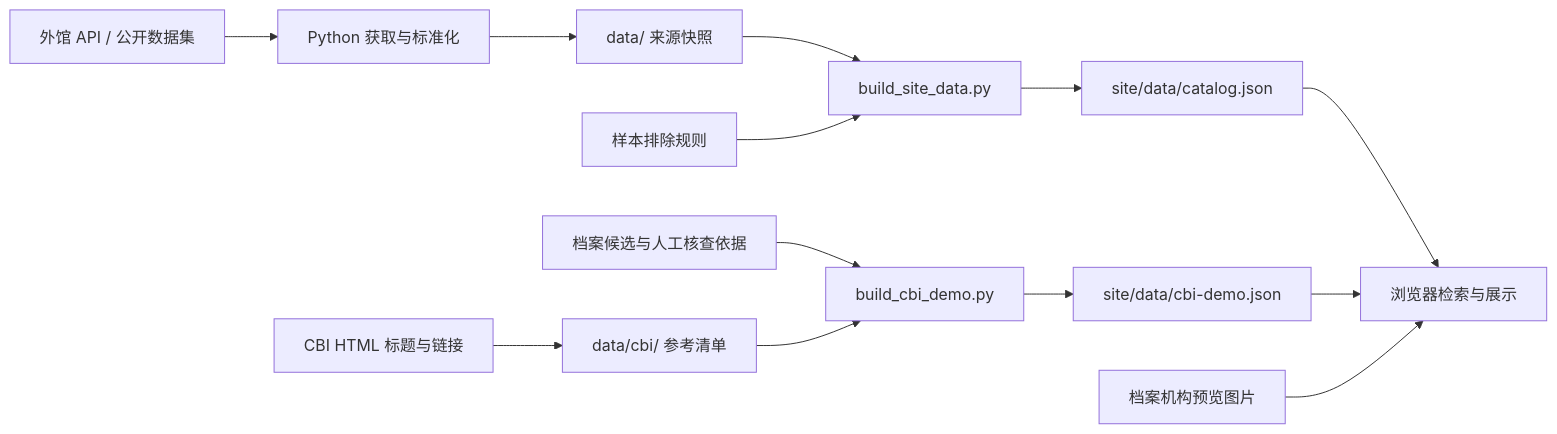
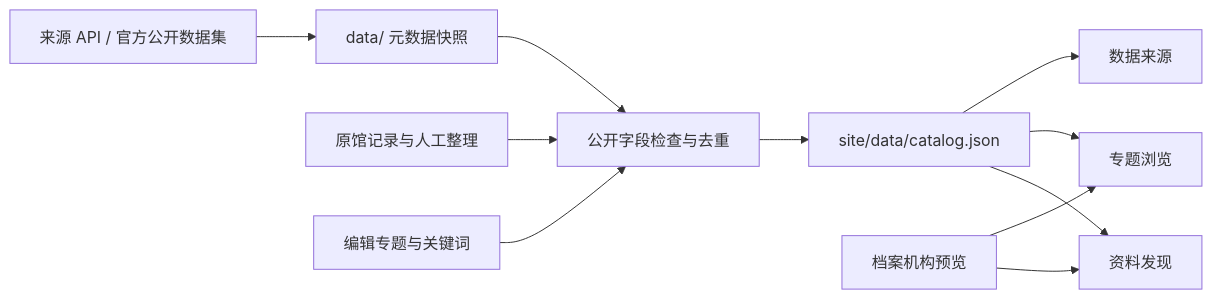
One commit to sf-pacific-war/memory-next changed the diagram in step1/README.md. Above: the diagram before and after it, drawn with Mermaid. The commit also changed other lines of this file and 32 other files, not shown here.

````diff
--- a/step1/README.md
+++ b/step1/README.md
@@ -57,15 +69,13 @@
 ```mermaid
 flowchart LR
-    A[外馆 API / 公开数据集] --> B[Python 获取与标准化]
-    B --> C[data/ 来源快照]
-    C --> D[build_site_data.py]
-    R[样本排除规则] --> D
+    A[来源 API / 官方公开数据集] --> B[data/ 元数据快照]
+    C[原馆记录与人工整理] --> D[公开字段检查与去重]
+    B --> D
+    T[编辑专题与关键词] --> D
     D --> E[site/data/catalog.json]
-    H[CBI HTML 标题与链接] --> I[data/cbi/ 参考清单]
-    V[档案候选与人工核查依据] --> J[build_cbi_demo.py]
-    I --> J
-    J --> K[site/data/cbi-demo.json]
-    E --> W[浏览器检索与展示]
-    K --> W
-    M[档案机构预览图片] --> W
+    E --> F[资料发现]
+    E --> G[专题浏览]
+    E --> H[数据来源]
+    M[档案机构预览] --> F
+    M --> G
 ```
````
